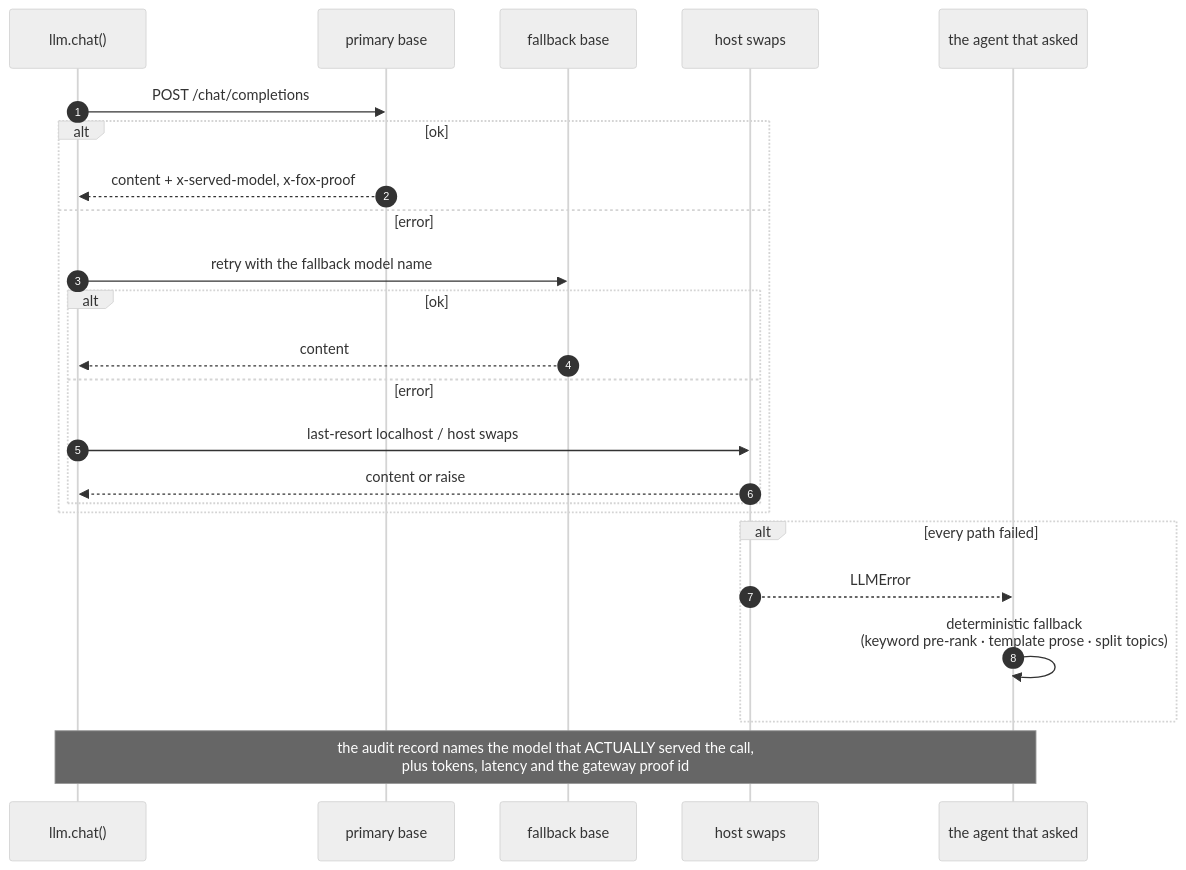
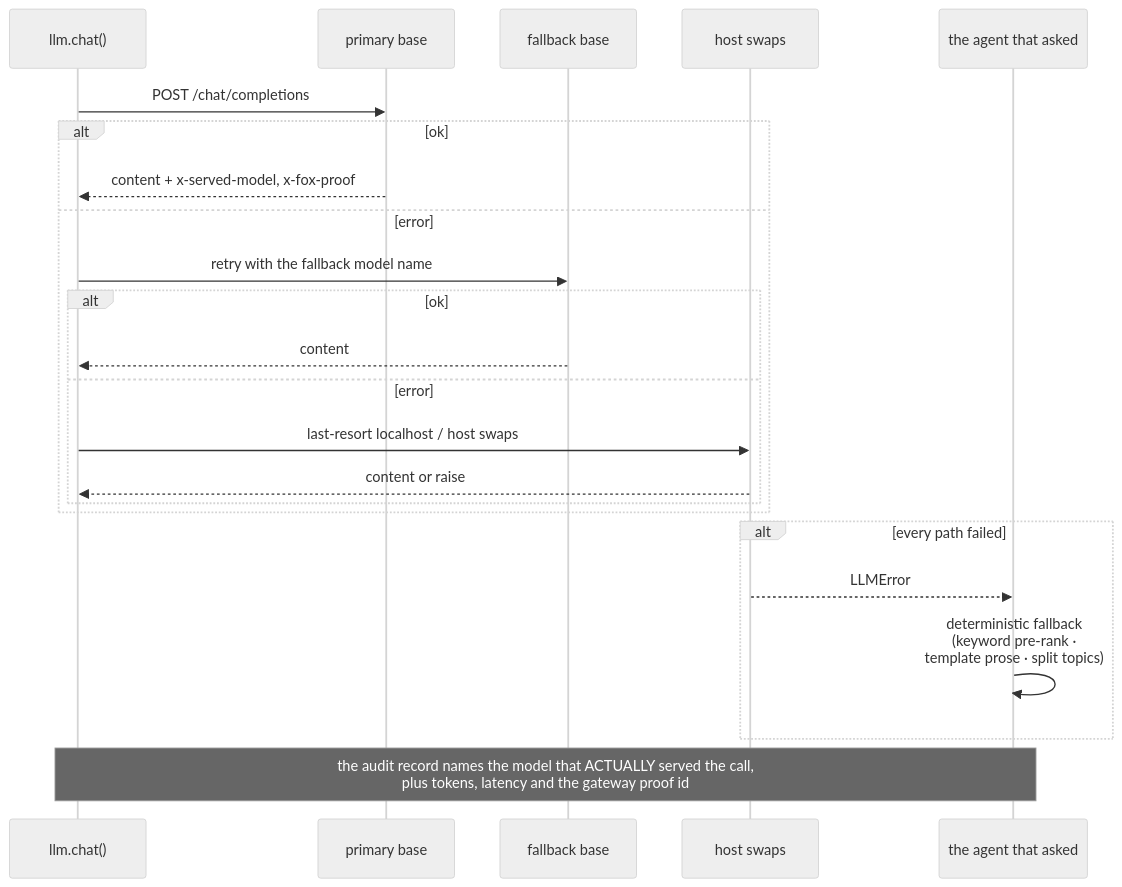
Diagram 12 of 12 in design/interaction.md (harishgovardhandamodar/agentic-knowledge-mapper), drawn with Mermaid (neutral theme) before and after one commit. The commit also changed other lines of this file and 2 other files, not shown here.

Commit message:
Fix overlapping Mermaid diagrams: serialize renders, drop colliding autonumbers

````diff
--- a/design/interaction.md
+++ b/design/interaction.md
@@ -444,27 +433,26 @@
 ```mermaid
 sequenceDiagram
-    autonumber
     participant C as llm.chat()
     participant P as primary base
     participant F as fallback base
     participant H as host swaps
     participant Caller as the agent that asked
     C->>P: POST /chat/completions
     alt ok
         P-->>C: content + x-served-model, x-fox-proof
     else error
         C->>F: retry with the fallback model name
         alt ok
             F-->>C: content
         else error
             C->>H: last-resort localhost / host swaps
             H-->>C: content or raise
         end
     end
     alt every path failed
         H-->>Caller: LLMError
-        Caller->>Caller: deterministic fallback<br/>(keyword pre-rank · template prose · split topics)
+        Caller->>Caller: deterministic fallback<br/>(keyword pre-rank ·<br/>template prose · split topics)
     end
     Note over C,Caller: the audit record names the model that ACTUALLY served the call,<br/>plus tokens, latency and the gateway proof id
 
 ```
````
